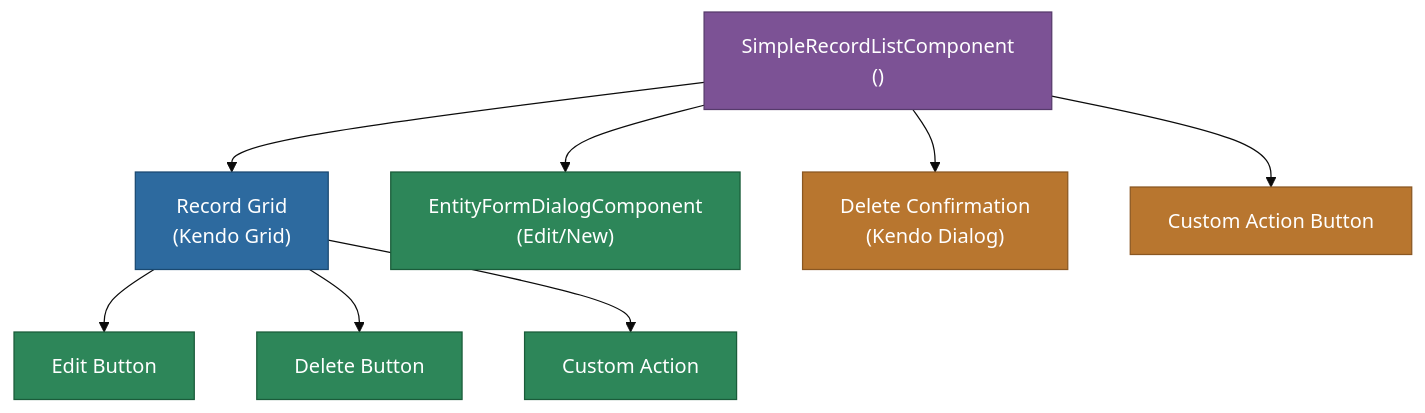
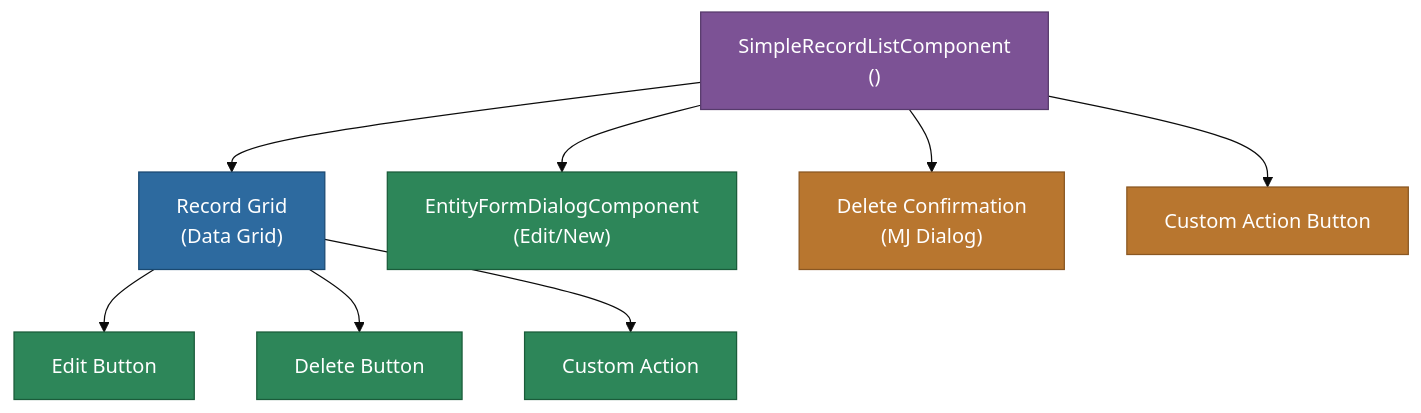
One commit to MemberJunction/MJ changed the diagram in packages/Angular/Explorer/simple-record-list/README.md. Above: the diagram before and after it, drawn with Mermaid (base theme). The commit also changed other lines of this file and 117 other files, not shown here.

````diff
--- a/packages/Angular/Explorer/simple-record-list/README.md
+++ b/packages/Angular/Explorer/simple-record-list/README.md
@@ -9,20 +9,20 @@
 ```mermaid
 graph TD
-    SRL["SimpleRecordListComponent\n(<mj-simple-record-list>)"] --> KG["Record Grid\n(Kendo Grid)"]
+    SRL["SimpleRecordListComponent\n(<mj-simple-record-list>)"] --> KG["Record Grid\n(Data Grid)"]
     SRL --> EFD["EntityFormDialogComponent\n(Edit/New)"]
-    SRL --> DEL["Delete Confirmation\n(Kendo Dialog)"]
+    SRL --> DEL["Delete Confirmation\n(MJ Dialog)"]
     SRL --> CA["Custom Action Button"]
 
     KG --> EDIT["Edit Button"]
     KG --> DELETE["Delete Button"]
     KG --> CUSTOM["Custom Action"]
 
     style SRL fill:#7c5295,stroke:#563a6b,color:#fff
     style KG fill:#2d6a9f,stroke:#1a4971,color:#fff
     style EFD fill:#2d8659,stroke:#1a5c3a,color:#fff
     style DEL fill:#b8762f,stroke:#8a5722,color:#fff
     style CA fill:#b8762f,stroke:#8a5722,color:#fff
     style EDIT fill:#2d8659,stroke:#1a5c3a,color:#fff
     style DELETE fill:#2d8659,stroke:#1a5c3a,color:#fff
     style CUSTOM fill:#2d8659,stroke:#1a5c3a,color:#fff
 ```
````
